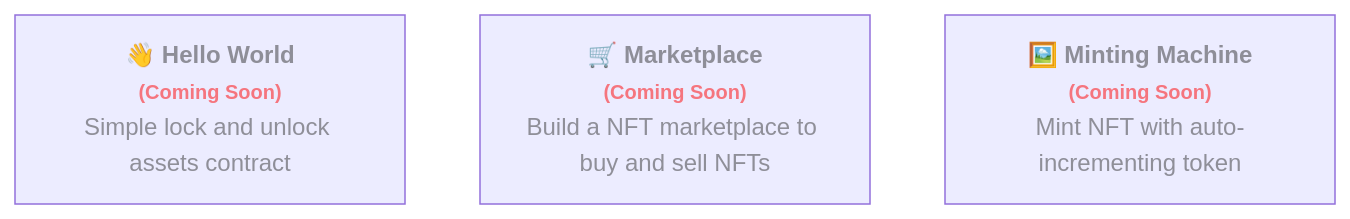
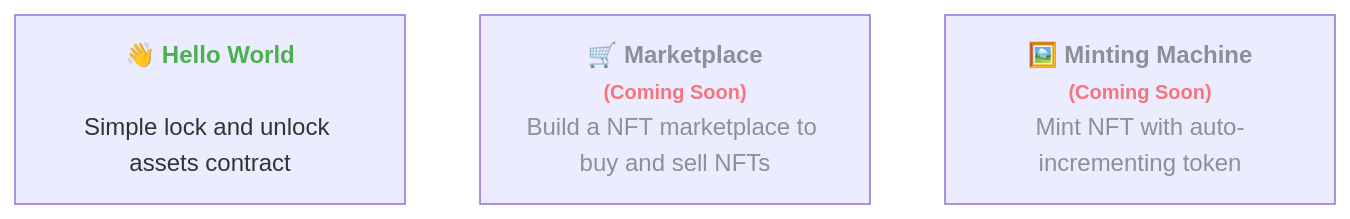
One commit to MeshJS/polkadot changed the second of 3 diagrams in apps/docs/src/pages/en/wiki/3_smart_contracts_lib/3000.md. Above: the diagram before and after it, drawn with Mermaid. The commit also changed 1 other file, not shown here.

Commit message:
hello world menu

````diff
--- a/apps/docs/src/pages/en/wiki/3_smart_contracts_lib/3000.md
+++ b/apps/docs/src/pages/en/wiki/3_smart_contracts_lib/3000.md
@@ -24,10 +24,10 @@
 ```mermaid
 graph TD
-    D["👋 <b style='color:#4CAF50;opacity:0.5;'>Hello World<br><small style='color:red;'>(Coming Soon)</small></b><br><span style='opacity:0.5;'>Simple lock and unlock assets contract</span>"]
+    D["👋 <b style='color:#4CAF50;'>Hello World</b><br><br>Simple lock and unlock assets contract"]
     E["🛒 <b style='color:#4CAF50;opacity:0.5;'>Marketplace<br><small style='color:red;'>(Coming Soon)</small></b><br><span style='opacity:0.5;'>Build a NFT marketplace to buy and sell NFTs</span>"]
     F["🖼️ <b style='color:#4CAF50;opacity:0.5;'>Minting Machine<br><small style='color:red;'>(Coming Soon)</small></b><br><span style='opacity:0.5;'>Mint NFT with auto-incrementing token"]
     
-    %% D intentionally has no click binding
+    click D "3005" "Hello World"
     %% E intentionally has no click binding
     %% E intentionally has no click binding
 ```
````
